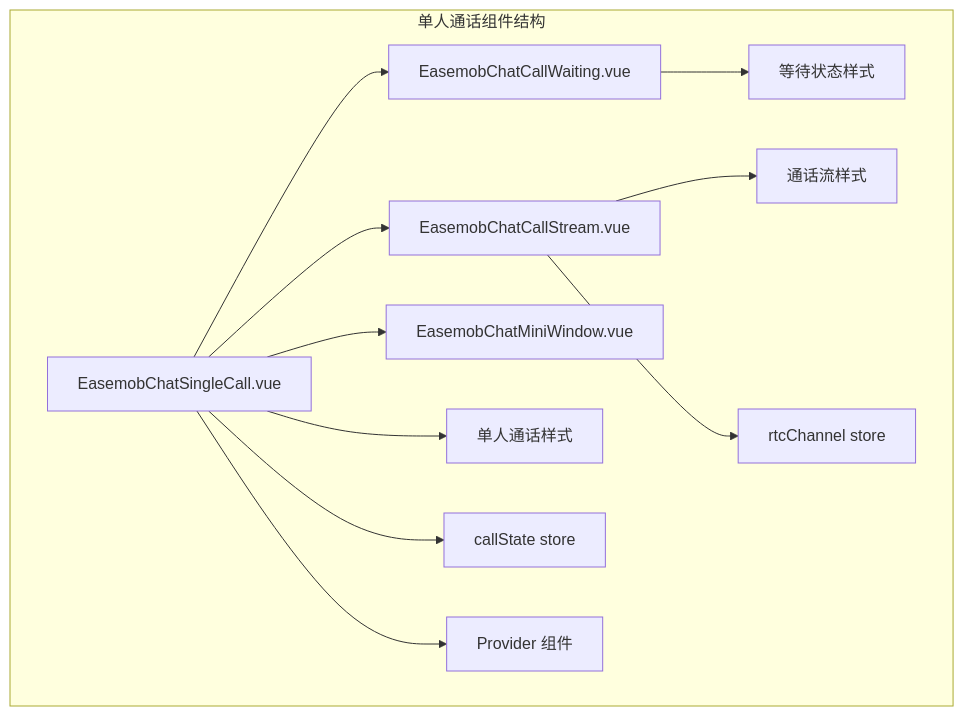
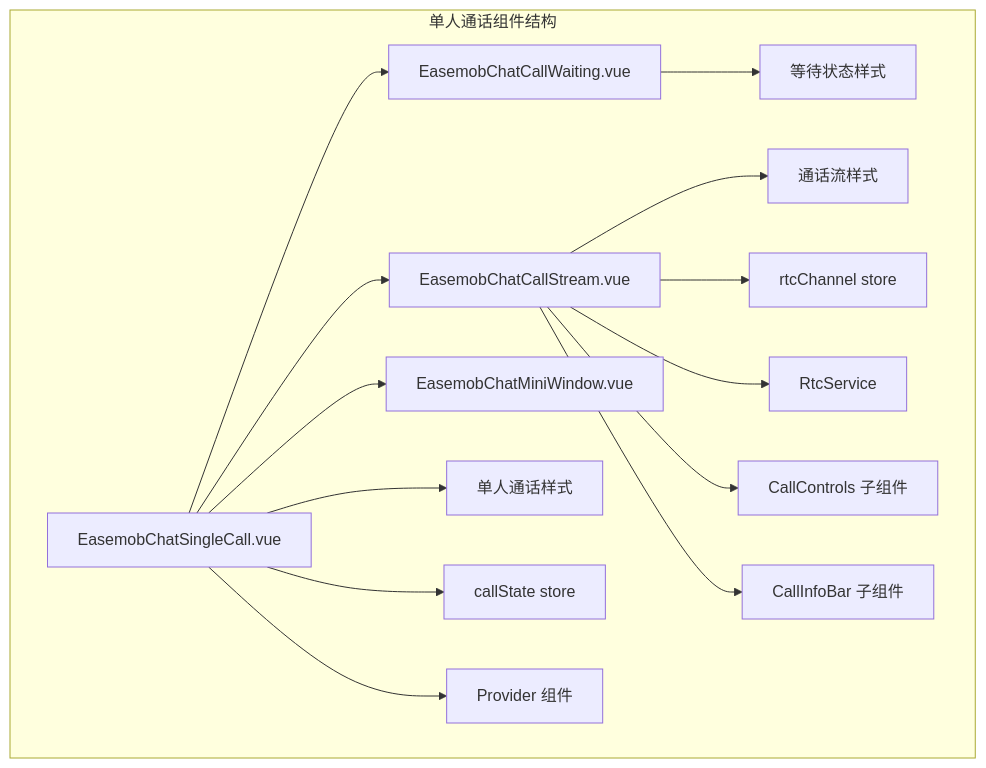
One commit to Easemob-Community/easemob-uikit-callkit-vue3 changed the first of 8 diagrams in .qoder/repowiki/zh/content/API 参考/组件 API/单人通话组件 API.md. Above: the diagram before and after it, drawn with Mermaid. The commit also changed other lines of this file and 54 other files, not shown here.

First line of the commit message:
refactor: 清理废弃代码 + 移出 RtcService 实例 + API 便捷性优化

````diff
--- a/.qoder/repowiki/zh/content/API 参考/组件 API/单人通话组件 API.md
+++ b/.qoder/repowiki/zh/content/API 参考/组件 API/单人通话组件 API.md
@@ -45,14 +58,17 @@
 ```mermaid
 graph TB
 subgraph "单人通话组件结构"
 A[EasemobChatSingleCall.vue] --> B[EasemobChatCallWaiting.vue]
 A --> C[EasemobChatCallStream.vue]
 A --> D[EasemobChatMiniWindow.vue]
 B --> B1[等待状态样式]
 C --> C1[通话流样式]
 A --> A1[单人通话样式]
 A --> E[callState store]
 C --> F[rtcChannel store]
 A --> G[Provider 组件]
+C --> H[RtcService]
+C --> I[CallControls 子组件]
+C --> J[CallInfoBar 子组件]
 end
 ```
````
